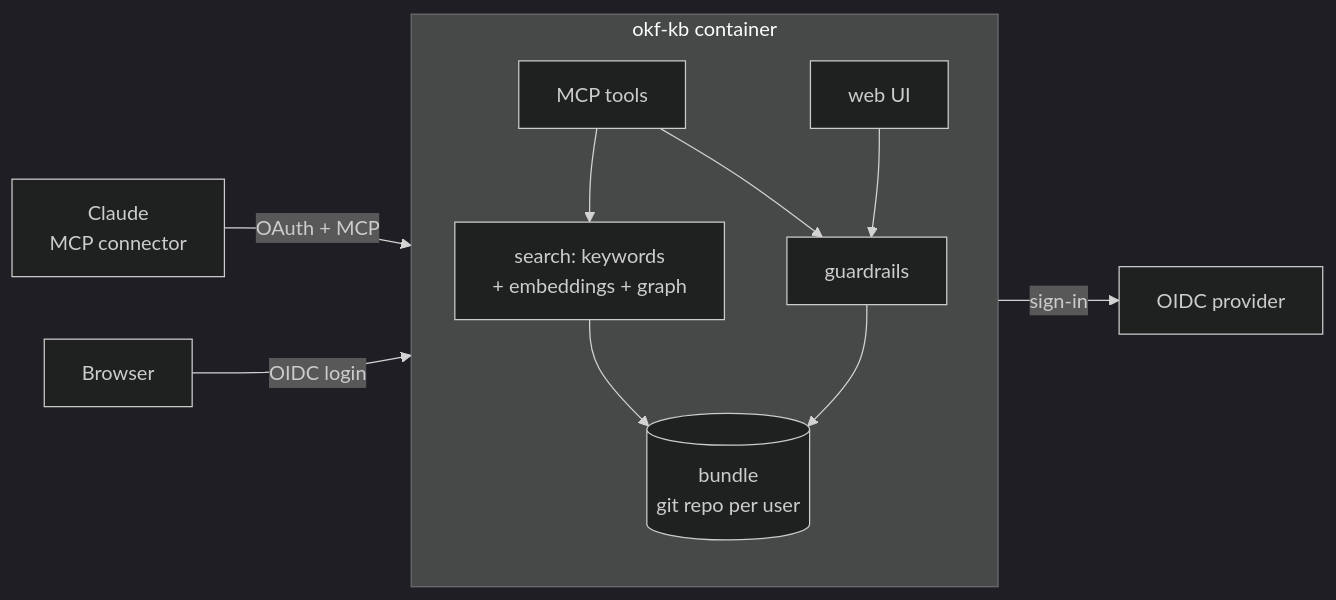
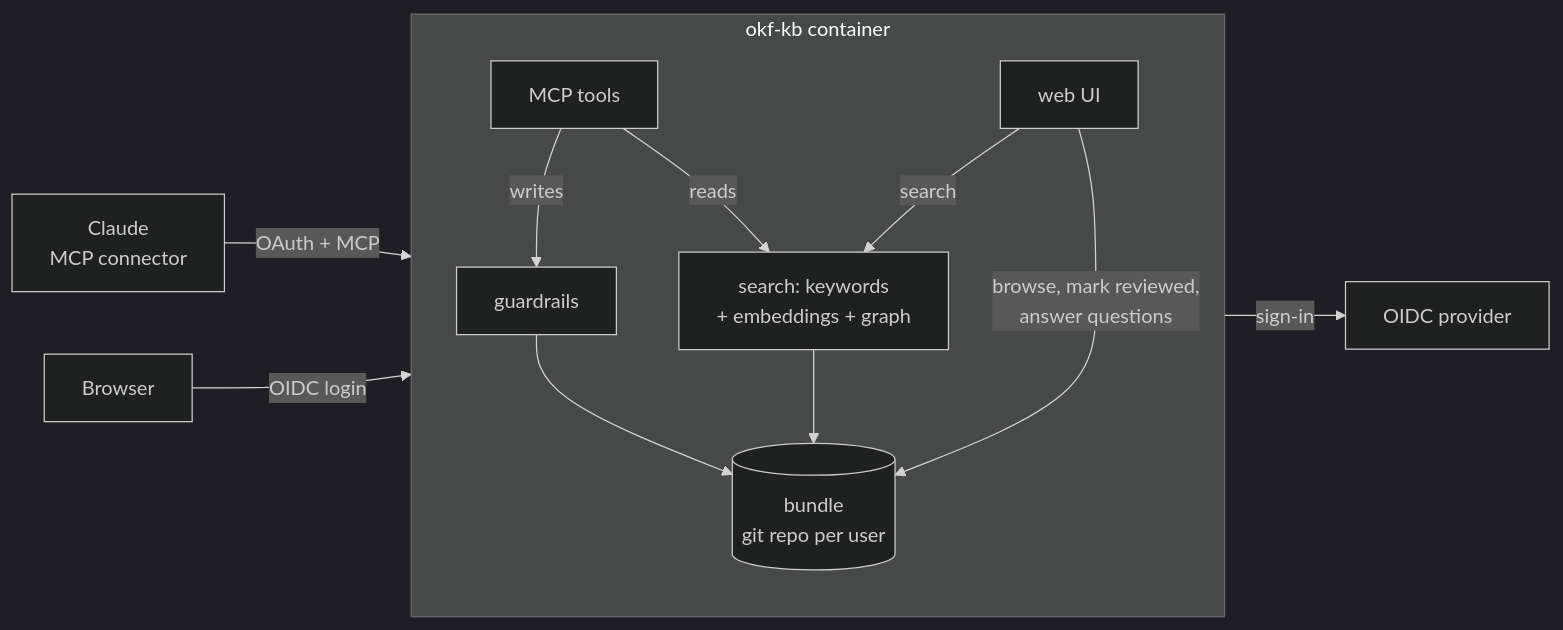
One commit to abishekvupputur/okf-kb changed the diagram in README.md. Above: the diagram before and after it, drawn with Mermaid (dark theme).

Commit message:
README: diagram shows that only MCP writes go through the guardrails

````diff
--- a/README.md
+++ b/README.md
@@ -49,13 +49,14 @@
 ```mermaid
 flowchart LR
     C[Claude<br/>MCP connector] -- OAuth + MCP --> S
     B[Browser] -- OIDC login --> S
     subgraph S[okf-kb container]
-        T[MCP tools] --> G[guardrails]
-        W[web UI] --> G
+        T[MCP tools] -- writes --> G[guardrails]
         G --> R[(bundle<br/>git repo per user)]
-        T --> Q[search: keywords<br/>+ embeddings + graph]
+        T -- reads --> Q[search: keywords<br/>+ embeddings + graph]
+        W[web UI] -- search --> Q
+        W -- "browse, mark reviewed,<br/>answer questions" --> R
         Q --> R
     end
     S -- sign-in --> P[OIDC provider]
 ```
````
